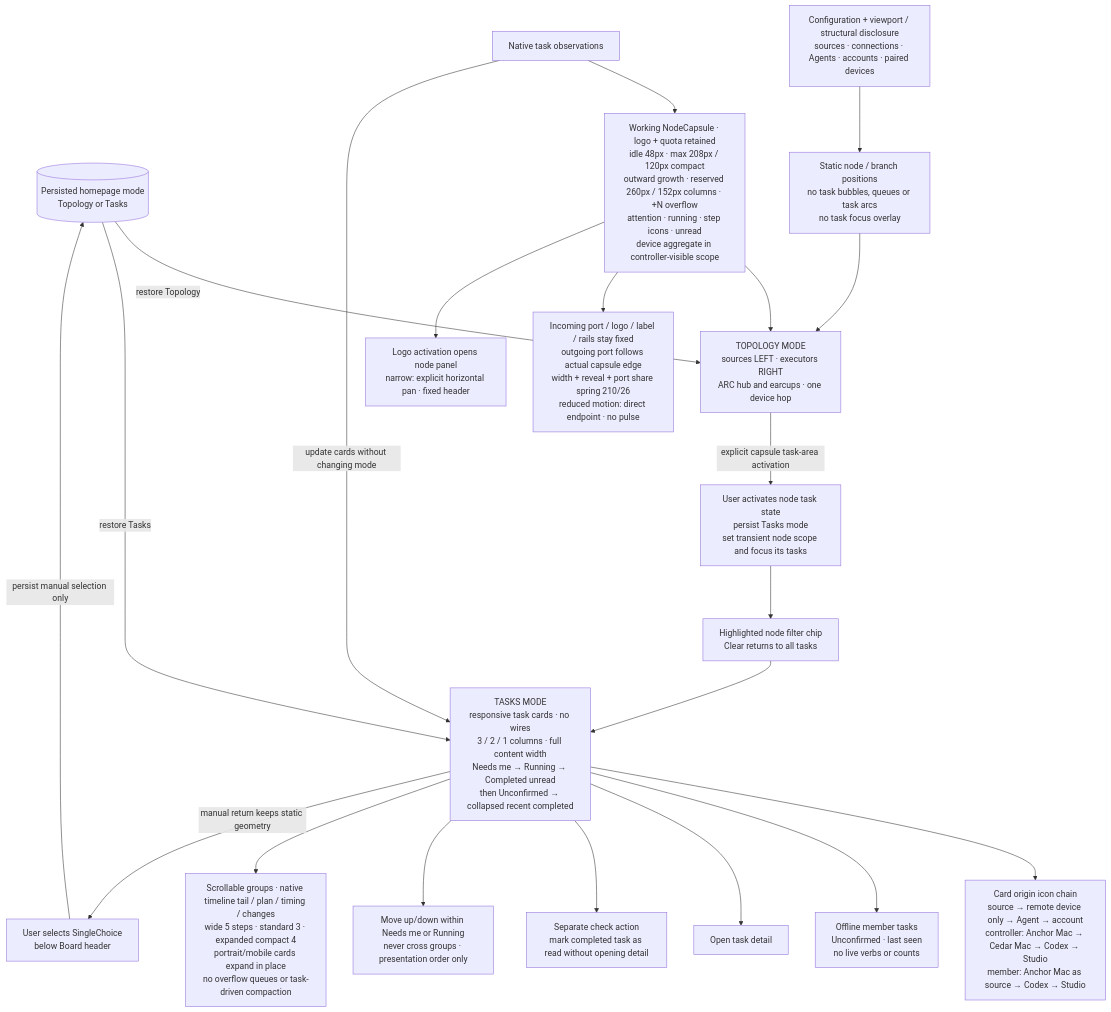
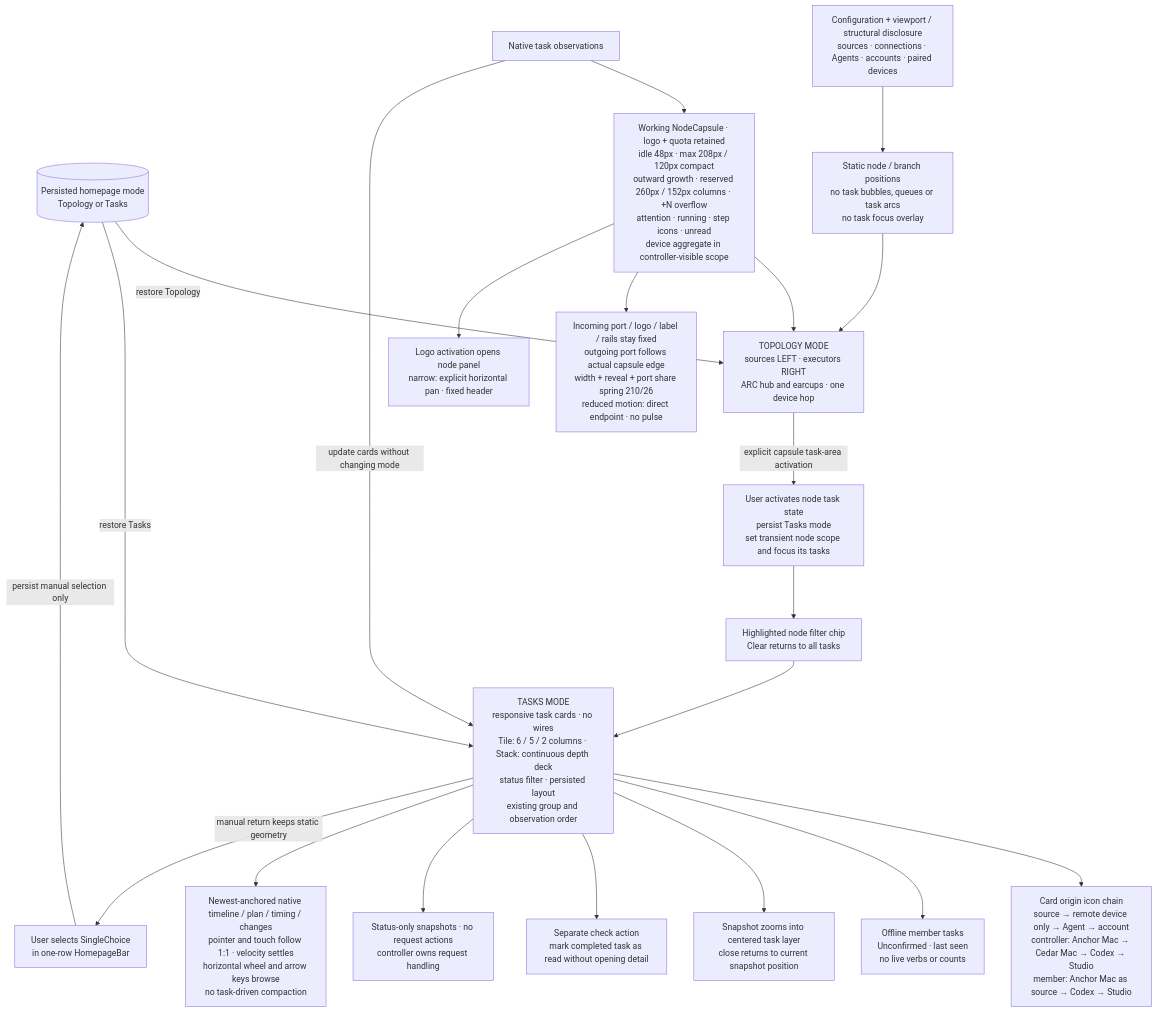
Before and after one commit to whzxc/agent-remote-control: the diagram in arch/mechanisms/homepage-modes.mmd, drawn with Mermaid. The commit also changed 47 other files, not shown here.

Commit message:
feat(homepage): add task switcher and unified bar

```diff
--- a/arch/mechanisms/homepage-modes.mmd
+++ b/arch/mechanisms/homepage-modes.mmd
@@ -1,37 +1,37 @@
 %% Homepage modes (layer 2): static topology and task presentation are independent projections.
 %% Index and code mapping: docs/dev/arch-assets.md
 flowchart TB
   preference[("Persisted homepage mode<br/>Topology or Tasks")]
-  switch["User selects SingleChoice<br/>below Board header"]
+  switch["User selects SingleChoice<br/>in one-row HomepageBar"]
   topology["TOPOLOGY MODE<br/>sources LEFT · executors RIGHT<br/>ARC hub and earcups · one device hop"]
   config["Configuration + viewport / structural disclosure<br/>sources · connections · Agents · accounts · paired devices"]
   positions["Static node / branch positions<br/>no task bubbles, queues or task arcs<br/>no task focus overlay"]
   observations["Native task observations"]
   badges["Working NodeCapsule · logo + quota retained<br/>idle 48px · max 208px / 120px compact<br/>outward growth · reserved 260px / 152px columns · +N overflow<br/>attention · running · step icons · unread<br/>device aggregate in controller-visible scope"]
   ports["Incoming port / logo / label / rails stay fixed<br/>outgoing port follows actual capsule edge<br/>width + reveal + port share spring 210/26<br/>reduced motion: direct endpoint · no pulse"]
   panel["Logo activation opens node panel<br/>narrow: explicit horizontal pan · fixed header"]
   jump["User activates node task state<br/>persist Tasks mode<br/>set transient node scope and focus its tasks"]
-  tasks["TASKS MODE<br/>responsive task cards · no wires<br/>3 / 2 / 1 columns · full content width<br/>Needs me → Running → Completed unread<br/>then Unconfirmed → collapsed recent completed"]
+  tasks["TASKS MODE<br/>responsive task cards · no wires<br/>Tile: 6 / 5 / 2 columns · Stack: continuous depth deck<br/>status filter · persisted layout<br/>existing group and observation order"]
   chain["Card origin icon chain<br/>source → remote device only → Agent → account<br/>controller: Anchor Mac → Cedar Mac → Codex → Studio<br/>member: Anchor Mac as source → Codex → Studio"]
   offline["Offline member tasks<br/>Unconfirmed · last seen<br/>no live verbs or counts"]
   filter["Highlighted node filter chip<br/>Clear returns to all tasks"]
-  details["Open task detail"]
+  details["Snapshot zooms into centered task layer<br/>close returns to current snapshot position"]
   read["Separate check action<br/>mark completed task as read without opening detail"]
-  order["Move up/down within Needs me or Running<br/>never cross groups · presentation order only"]
-  overflow["Scrollable groups · native timeline tail / plan / timing / changes<br/>wide 5 steps · standard 3 · expanded compact 4<br/>portrait/mobile cards expand in place<br/>no overflow queues or task-driven compaction"]
+  order["Status-only snapshots · no request actions<br/>controller owns request handling"]
+  overflow["Newest-anchored native timeline / plan / timing / changes<br/>pointer and touch follow 1:1 · velocity settles<br/>horizontal wheel and arrow keys browse<br/>no task-driven compaction"]
   switch -->|"persist manual selection only"| preference
   preference -->|"restore Topology"| topology
   preference -->|"restore Tasks"| tasks
   config --> positions --> topology
   observations --> badges --> topology
   badges --> ports
   badges --> panel
   observations -->|"update cards without changing mode"| tasks
   topology -->|"explicit capsule task-area activation"| jump --> filter --> tasks
   tasks --> chain
   tasks --> offline
   tasks --> details
   tasks --> read
   tasks --> order
   tasks --> overflow
   tasks -->|"manual return keeps static geometry"| switch
```
